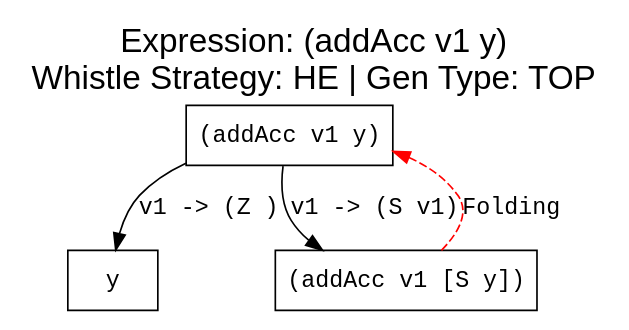
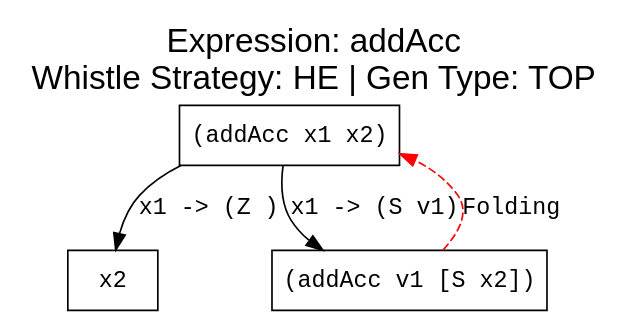
Before and after one commit to makezh/coursework_supercompiler: the diagram in output/test2_addAcc/he.dot, drawn with Graphviz. The commit also changed 7 other files, not shown here.

```diff
--- a/output/test2_addAcc/he.dot
+++ b/output/test2_addAcc/he.dot
@@ -1,15 +1,15 @@
 digraph ProcessTree {
-  label="Expression: (addAcc v1 y)\nWhistle Strategy: HE | Gen Type: TOP";
+  label="Expression: addAcc\nWhistle Strategy: HE | Gen Type: TOP";
   labelloc="t";
   fontsize=20;
   fontname="Arial";
 
     node [fontname="Courier New"];
     edge [fontname="Courier New"];
-    n0 [label="(addAcc v1 y)", shape=box];
-    n0 -> n1 [label="v1 -> (Z )"];
-    n0 -> n2 [label="v1 -> (S v1)"];
-    n1 [label="y", shape=box];
-    n2 [label="(addAcc v1 [S y])", shape=box];
+    n0 [label="(addAcc x1 x2)", shape=box];
+    n0 -> n1 [label="x1 -> (Z )"];
+    n0 -> n2 [label="x1 -> (S v1)"];
+    n1 [label="x2", shape=box];
+    n2 [label="(addAcc v1 [S x2])", shape=box];
     n2 -> n0 [style=dashed, color=red, label="Folding"];
 }
```
